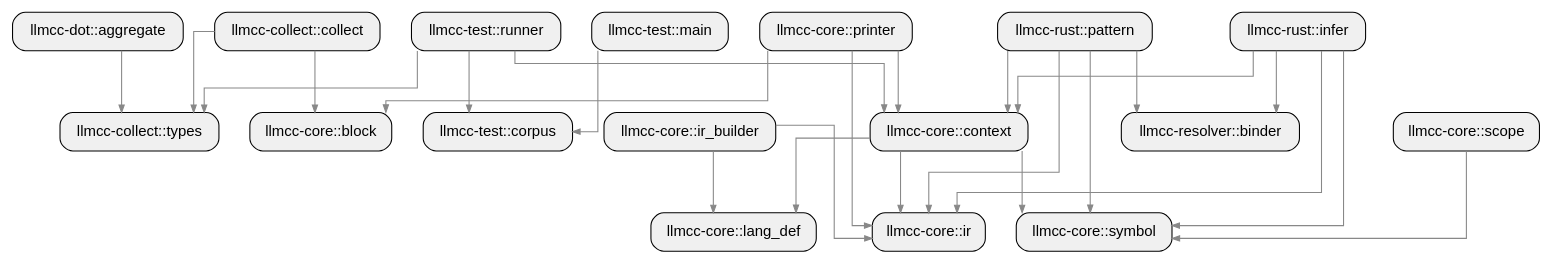
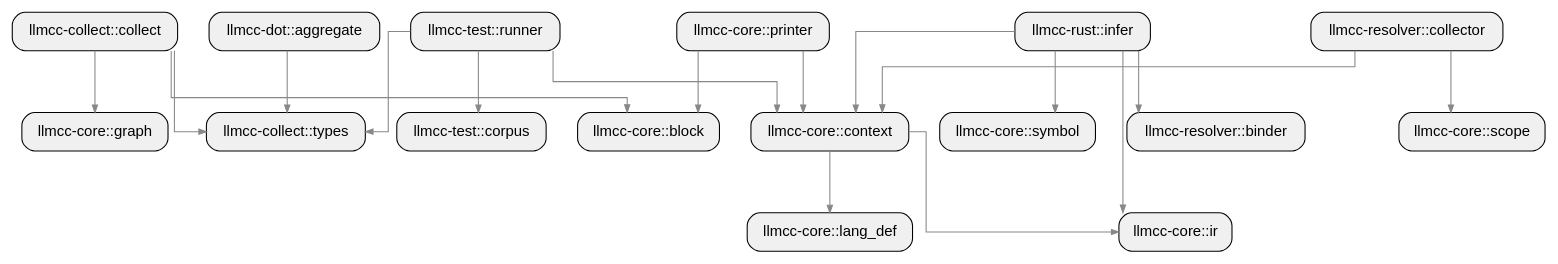
The diagram in sample/rust/llmcc-pagerank/depth_2_module.dot (allenanswerzq/llmcc), drawn with Graphviz before and after one commit. The commit also changed 468 other files, not shown here.

Commit message:
llmcc-core: fix same-name resolve issue (#124)

```diff
--- a/sample/rust/llmcc-pagerank/depth_2_module.dot
+++ b/sample/rust/llmcc-pagerank/depth_2_module.dot
@@ -1,56 +1,48 @@
 digraph architecture {
   rankdir=TB;
   ranksep=0.8;
   nodesep=0.4;
   splines=ortho;
   concentrate=true;
 
   node [shape=box, style="rounded,filled", fillcolor="#f0f0f0", fontname="Helvetica"];
   edge [color="#888888", arrowsize=0.7];
 
   labelloc=t;
   fontsize=16;
 
   mod_llmcc_collect_collect[label="llmcc-collect::collect", path="/home/yibai/llmcc/sample/repos/llmcc/crates/llmcc-collect/src"];
   mod_llmcc_collect_types[label="llmcc-collect::types", path="/home/yibai/llmcc/sample/repos/llmcc/crates/llmcc-collect/src"];
   mod_llmcc_core_block[label="llmcc-core::block", path="/home/yibai/llmcc/sample/repos/llmcc/crates/llmcc-core/src"];
   mod_llmcc_core_context[label="llmcc-core::context", path="/home/yibai/llmcc/sample/repos/llmcc/crates/llmcc-core/src"];
+  mod_llmcc_core_graph[label="llmcc-core::graph", path="/home/yibai/llmcc/sample/repos/llmcc/crates/llmcc-core/src"];
   mod_llmcc_core_ir[label="llmcc-core::ir", path="/home/yibai/llmcc/sample/repos/llmcc/crates/llmcc-core/src"];
-  mod_llmcc_core_ir_builder[label="llmcc-core::ir_builder", path="/home/yibai/llmcc/sample/repos/llmcc/crates/llmcc-core/src"];
   mod_llmcc_core_lang_def[label="llmcc-core::lang_def", path="/home/yibai/llmcc/sample/repos/llmcc/crates/llmcc-core/src"];
   mod_llmcc_core_printer[label="llmcc-core::printer", path="/home/yibai/llmcc/sample/repos/llmcc/crates/llmcc-core/src"];
   mod_llmcc_core_scope[label="llmcc-core::scope", path="/home/yibai/llmcc/sample/repos/llmcc/crates/llmcc-core/src"];
   mod_llmcc_core_symbol[label="llmcc-core::symbol", path="/home/yibai/llmcc/sample/repos/llmcc/crates/llmcc-core/src"];
   mod_llmcc_dot_aggregate[label="llmcc-dot::aggregate", path="/home/yibai/llmcc/sample/repos/llmcc/crates/llmcc-dot/src"];
   mod_llmcc_resolver_binder[label="llmcc-resolver::binder", path="/home/yibai/llmcc/sample/repos/llmcc/crates/llmcc-resolver/src"];
+  mod_llmcc_resolver_collector[label="llmcc-resolver::collector", path="/home/yibai/llmcc/sample/repos/llmcc/crates/llmcc-resolver/src"];
   mod_llmcc_rust_infer[label="llmcc-rust::infer", path="/home/yibai/llmcc/sample/repos/llmcc/crates/llmcc-rust/src"];
-  mod_llmcc_rust_pattern[label="llmcc-rust::pattern", path="/home/yibai/llmcc/sample/repos/llmcc/crates/llmcc-rust/src"];
   mod_llmcc_test_corpus[label="llmcc-test::corpus", path="/home/yibai/llmcc/sample/repos/llmcc/crates/llmcc-test/src"];
-  mod_llmcc_test_main[label="llmcc-test::main", path="/home/yibai/llmcc/sample/repos/llmcc/crates/llmcc-test/src"];
   mod_llmcc_test_runner[label="llmcc-test::runner", path="/home/yibai/llmcc/sample/repos/llmcc/crates/llmcc-test/src"];
 
   mod_llmcc_collect_collect -> mod_llmcc_collect_types;
   mod_llmcc_collect_collect -> mod_llmcc_core_block;
+  mod_llmcc_collect_collect -> mod_llmcc_core_graph;
   mod_llmcc_core_context -> mod_llmcc_core_ir;
   mod_llmcc_core_context -> mod_llmcc_core_lang_def;
-  mod_llmcc_core_context -> mod_llmcc_core_symbol;
-  mod_llmcc_core_ir_builder -> mod_llmcc_core_ir;
-  mod_llmcc_core_ir_builder -> mod_llmcc_core_lang_def;
   mod_llmcc_core_printer -> mod_llmcc_core_block;
   mod_llmcc_core_printer -> mod_llmcc_core_context;
-  mod_llmcc_core_printer -> mod_llmcc_core_ir;
-  mod_llmcc_core_scope -> mod_llmcc_core_symbol;
   mod_llmcc_dot_aggregate -> mod_llmcc_collect_types;
+  mod_llmcc_resolver_collector -> mod_llmcc_core_context;
+  mod_llmcc_resolver_collector -> mod_llmcc_core_scope;
   mod_llmcc_rust_infer -> mod_llmcc_core_context;
   mod_llmcc_rust_infer -> mod_llmcc_core_ir;
   mod_llmcc_rust_infer -> mod_llmcc_core_symbol;
   mod_llmcc_rust_infer -> mod_llmcc_resolver_binder;
-  mod_llmcc_rust_pattern -> mod_llmcc_core_context;
-  mod_llmcc_rust_pattern -> mod_llmcc_core_ir;
-  mod_llmcc_rust_pattern -> mod_llmcc_core_symbol;
-  mod_llmcc_rust_pattern -> mod_llmcc_resolver_binder;
-  mod_llmcc_test_main -> mod_llmcc_test_corpus;
   mod_llmcc_test_runner -> mod_llmcc_collect_types;
   mod_llmcc_test_runner -> mod_llmcc_core_context;
   mod_llmcc_test_runner -> mod_llmcc_test_corpus;
 }
```
